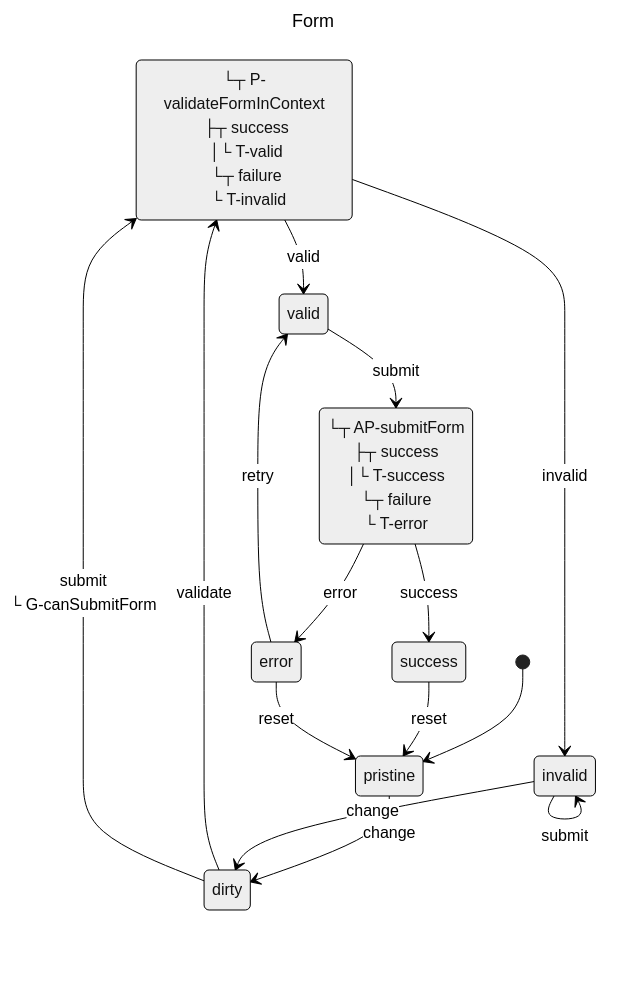
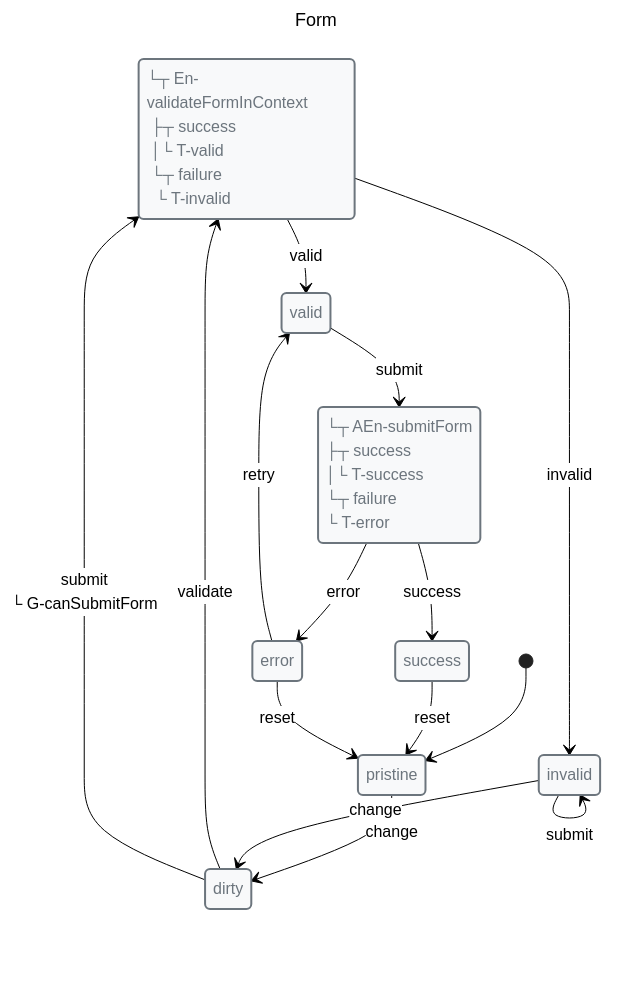
One commit to Masquerade-Circus/x-robot changed the diagram in media/form-validation.mmd. Above: the diagram before and after it, drawn with Mermaid (neutral theme). The commit also changed 145 other files, not shown here.

Commit message:
refactor: regenerate docs and mermaid implementation

```diff
--- a/media/form-validation.mmd
+++ b/media/form-validation.mmd
@@ -1,39 +1,47 @@
 ---
 title: Form
 ---
 
 stateDiagram-v2
 
 classDef danger fill:#f8d7da,stroke:#721c24,stroke-width:2px,text-align:left,color:#721c24
 classDef warning fill:#fff3cd,stroke:#856404,stroke-width:2px,text-align:left,color:#856404
 classDef success fill:#d4edda,stroke:#155724,stroke-width:2px,text-align:left,color:#155724
 classDef primary fill:#cce5ff,stroke:#004085,stroke-width:2px,text-align:left,color:#004085
 classDef info fill:#d1ecf1,stroke:#0c5460,stroke-width:2px,text-align:left,color:#0c5460
 classDef def fill:#f8f9fa,stroke:#6c757d,stroke-width:2px,text-align:left,color:#6c757d
 
 state pristine
 state dirty
 state validating
 state valid
 state invalid
 state submitting
 state success
 state error
+class pristine def
+class dirty def
+class validating def
+class valid def
+class invalid def
+class submitting def
+class success def
+class error def
 
-validating: └┬ P-validateFormInContext<br> ├┬ success<br> │└ T-valid<br> └┬ failure<br>  └ T-invalid
-submitting: └┬ AP-submitForm<br> ├┬ success<br> │└ T-success<br> └┬ failure<br>  └ T-error
+validating: └┬ En-validateFormInContext<br> ├┬ success<br> │└ T-valid<br> └┬ failure<br>  └ T-invalid
+submitting: └┬ AEn-submitForm<br> ├┬ success<br> │└ T-success<br> └┬ failure<br>  └ T-error
 
 [*] --> pristine
 pristine --> dirty: change
 dirty --> validating: validate
 dirty --> validating: submit<br>└ G-canSubmitForm
 validating --> valid: valid
 validating --> invalid: invalid
 valid --> submitting: submit
 invalid --> dirty: change
 invalid --> invalid: submit
 submitting --> success: success
 submitting --> error: error
 success --> pristine: reset
 error --> valid: retry
 error --> pristine: reset
```
